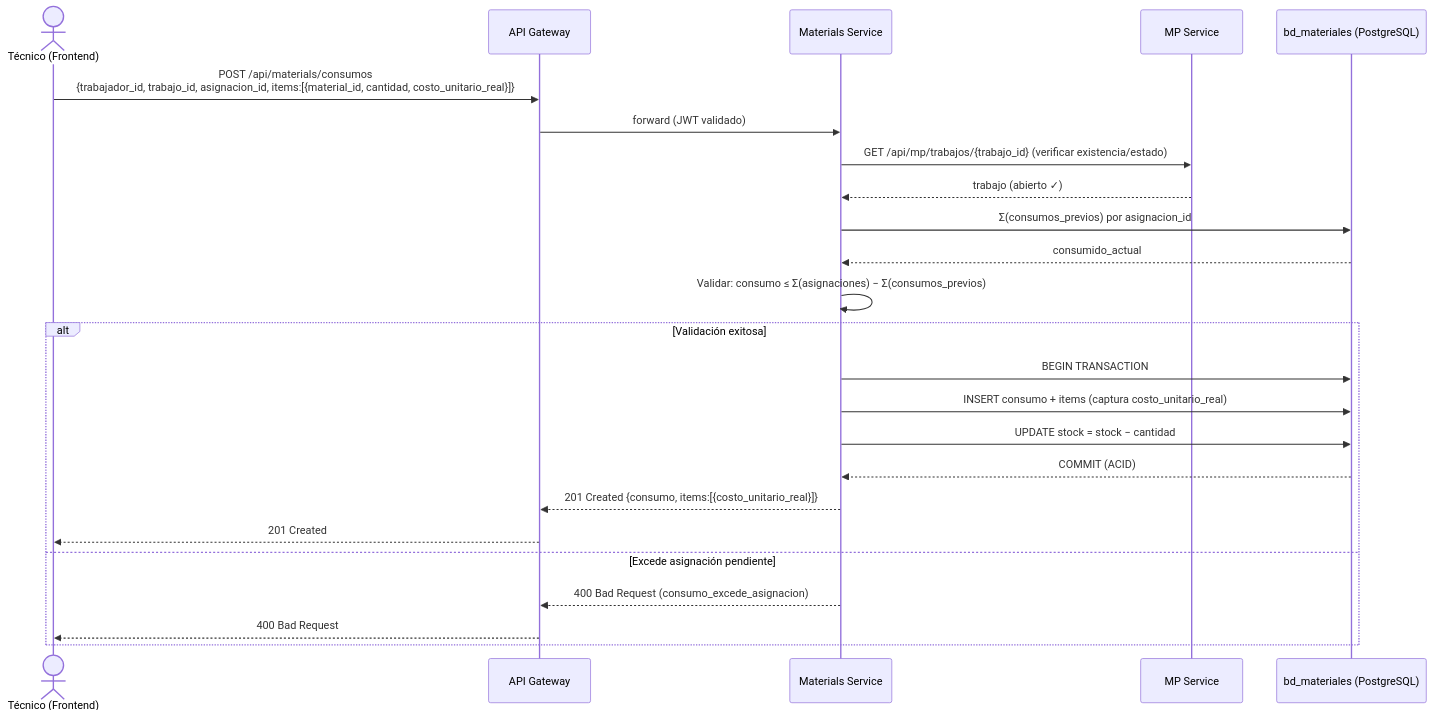
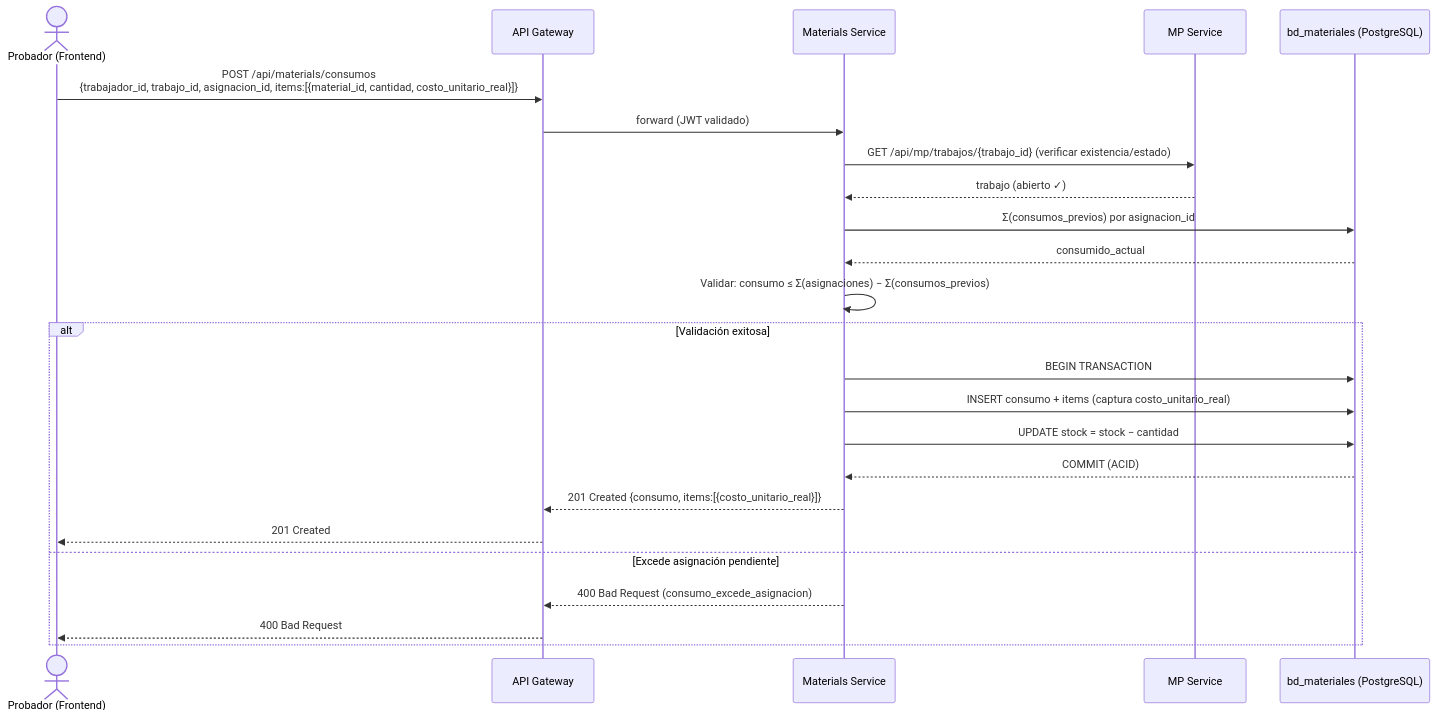
Before and after one commit to ybotet/SISGAD5_1.0: the fifth of 7 diagrams in docs/diagrams/sequence_diagrams/sequence_diagrams.md, drawn with Mermaid. The commit also changed other lines of this file, not shown here.

Commit message:
docs(diagrams): v2.2 roles corregidos (Probador/Supervisor), estados Cerrada con/sin materiales, orden FSM tras prueba

````diff
--- a/docs/diagrams/sequence_diagrams/sequence_diagrams.md
+++ b/docs/diagrams/sequence_diagrams/sequence_diagrams.md
@@ -298,27 +323,27 @@
 ```mermaid
 sequenceDiagram
-    actor T as Técnico (Frontend)
+    actor T as Probador (Frontend)
     participant GW as API Gateway
     participant MS as Materials Service
     participant MPS as MP Service
     participant MADB as bd_materiales (PostgreSQL)
 
     T->>GW: POST /api/materials/consumos<br/>{trabajador_id, trabajo_id, asignacion_id, items:[{material_id, cantidad, costo_unitario_real}]}
     GW->>MS: forward (JWT validado)
     MS->>MPS: GET /api/mp/trabajos/{trabajo_id} (verificar existencia/estado)
     MPS-->>MS: trabajo (abierto ✓)
     MS->>MADB: Σ(consumos_previos) por asignacion_id
     MADB-->>MS: consumido_actual
     MS->>MS: Validar: consumo ≤ Σ(asignaciones) − Σ(consumos_previos)
     alt Validación exitosa
         MS->>MADB: BEGIN TRANSACTION
         MS->>MADB: INSERT consumo + items (captura costo_unitario_real)
         MS->>MADB: UPDATE stock = stock − cantidad
         MADB-->>MS: COMMIT (ACID)
         MS-->>GW: 201 Created {consumo, items:[{costo_unitario_real}]}
         GW-->>T: 201 Created
     else Excede asignación pendiente
         MS-->>GW: 400 Bad Request (consumo_excede_asignacion)
         GW-->>T: 400 Bad Request
     end
 ```
````
